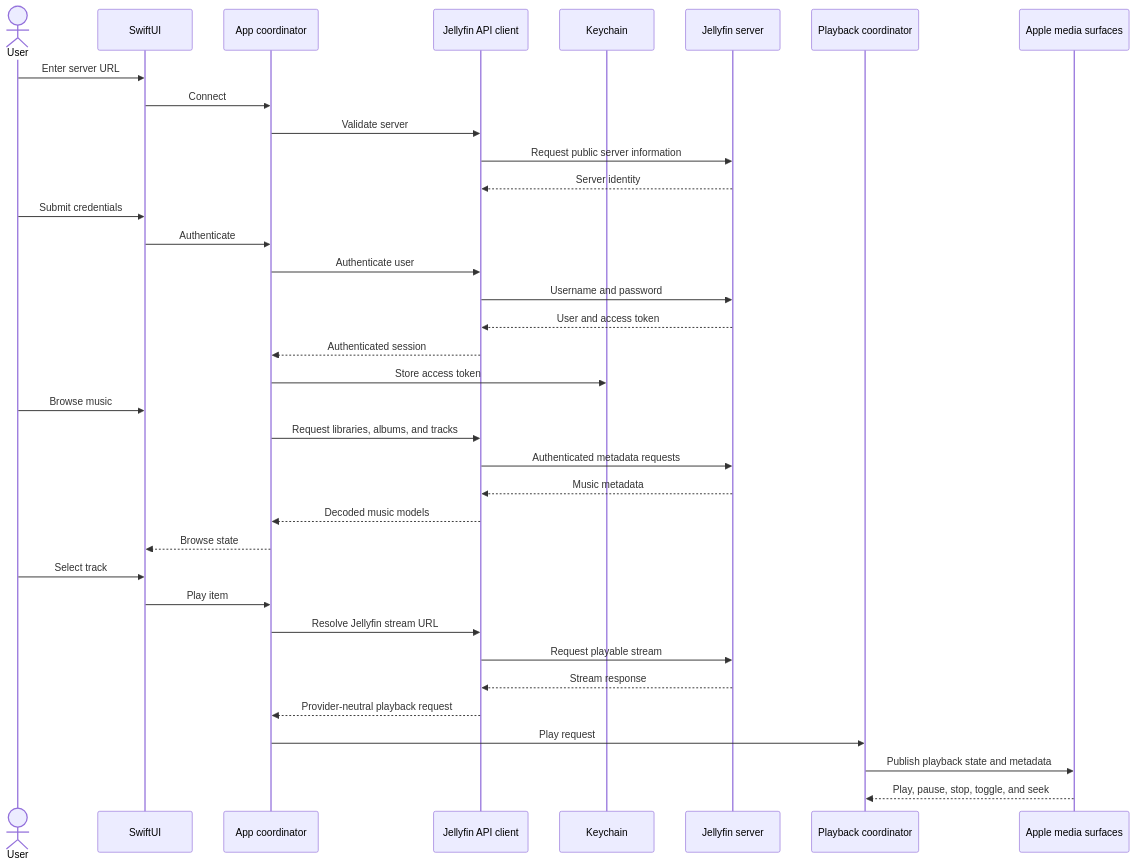
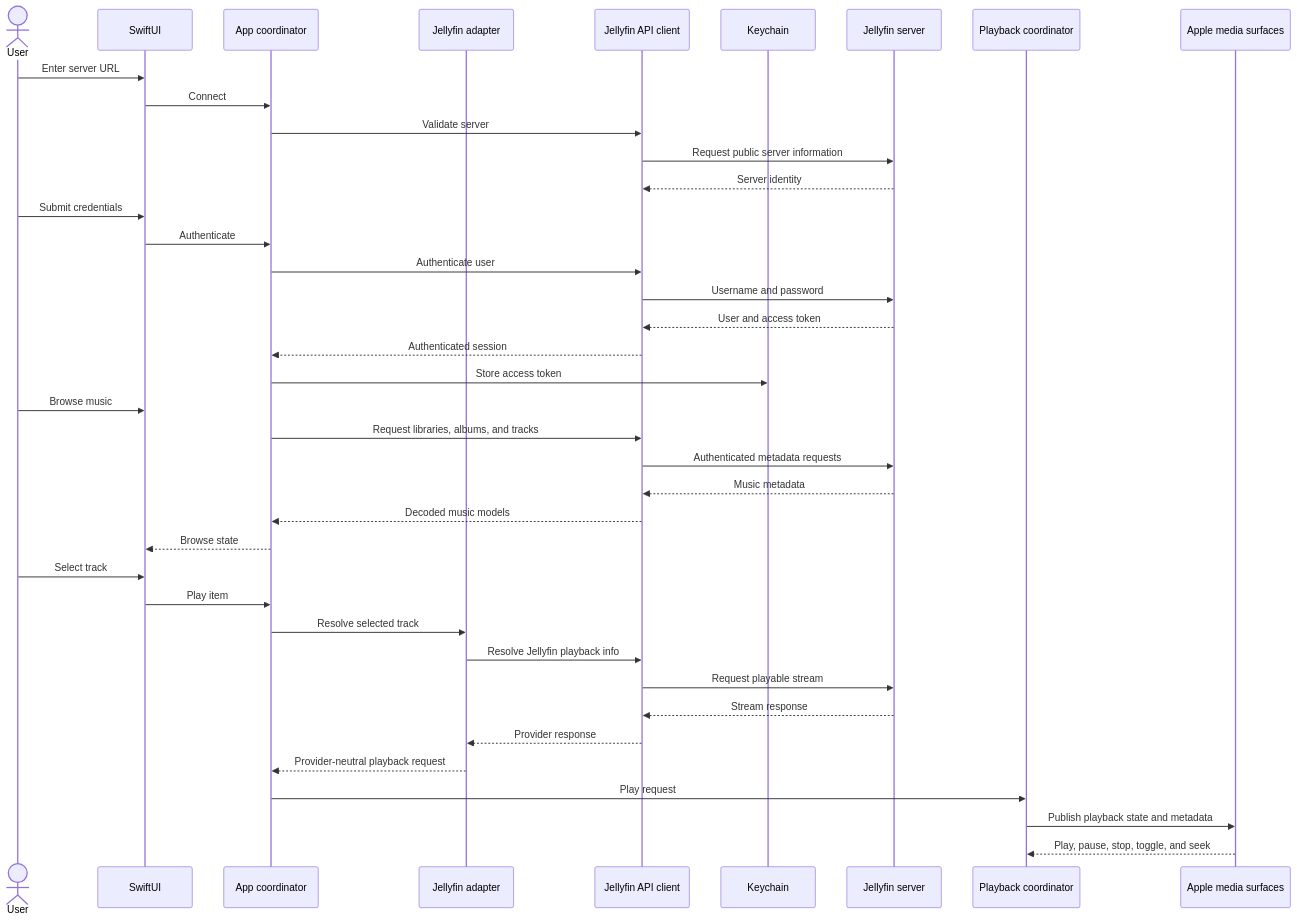
One commit to schillt/velacanto changed the third of 4 diagrams in docs/architecture.md. Above: the diagram before and after it, drawn with Mermaid. The commit also changed other lines of this file and 6 other files, not shown here.

Commit message:
Align 0.1 architecture and delivery plan

````diff
--- a/docs/architecture.md
+++ b/docs/architecture.md
@@ -117,42 +123,45 @@
 ```mermaid
 sequenceDiagram
     actor User
     participant UI as SwiftUI
     participant App as App coordinator
+    participant Adapter as Jellyfin adapter
     participant API as Jellyfin API client
     participant Keys as Keychain
     participant JF as Jellyfin server
     participant Player as Playback coordinator
     participant OS as Apple media surfaces
 
     User->>UI: Enter server URL
     UI->>App: Connect
     App->>API: Validate server
     API->>JF: Request public server information
     JF-->>API: Server identity
 
     User->>UI: Submit credentials
     UI->>App: Authenticate
     App->>API: Authenticate user
     API->>JF: Username and password
     JF-->>API: User and access token
     API-->>App: Authenticated session
     App->>Keys: Store access token
 
     User->>UI: Browse music
     App->>API: Request libraries, albums, and tracks
     API->>JF: Authenticated metadata requests
     JF-->>API: Music metadata
     API-->>App: Decoded music models
     App-->>UI: Browse state
 
     User->>UI: Select track
     UI->>App: Play item
-    App->>API: Resolve Jellyfin stream URL
+    App->>Adapter: Resolve selected track
+    Adapter->>API: Resolve Jellyfin playback info
     API->>JF: Request playable stream
     JF-->>API: Stream response
-    API-->>App: Provider-neutral playback request
+    API-->>Adapter: Provider response
+    Adapter-->>App: Provider-neutral playback request
     App->>Player: Play request
     Player->>OS: Publish playback state and metadata
     OS-->>Player: Play, pause, stop, toggle, and seek
 ```
````
